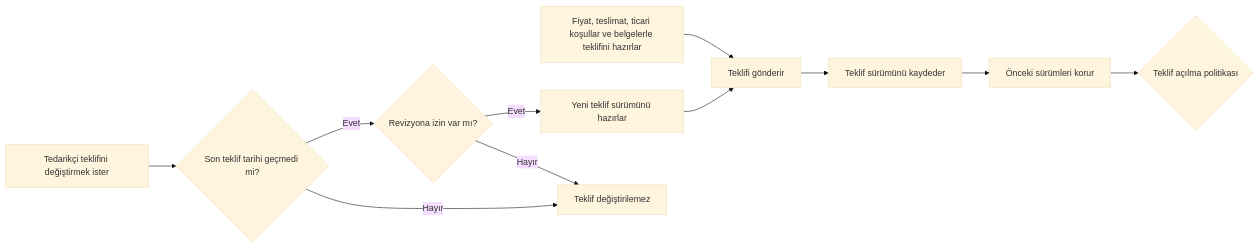
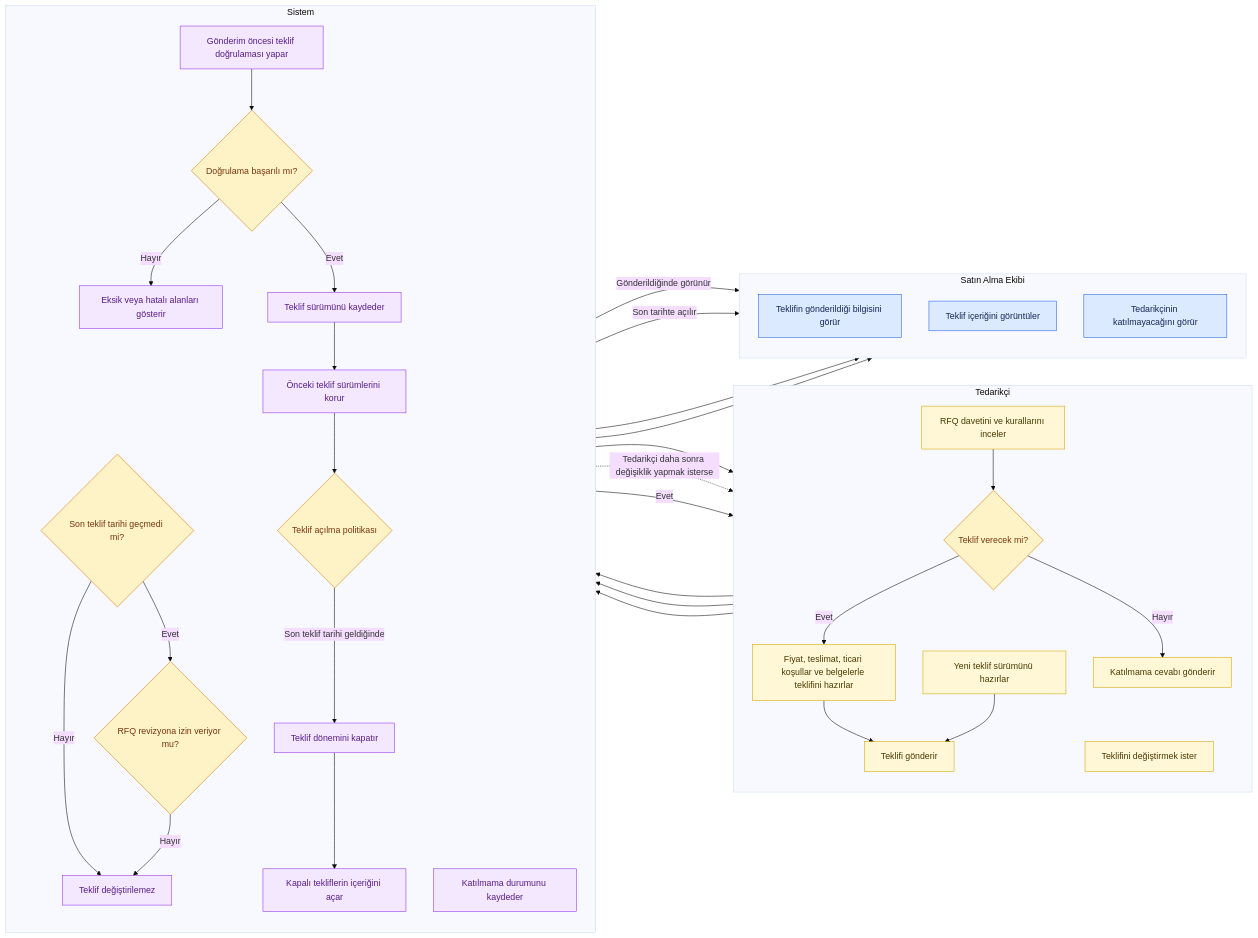
Before and after one commit to Cemalll/SupplierPortal: the diagram in docs/flowcharts/04_teklif_hazirlama_gorunurluk_revize.mmd, drawn with Mermaid (base theme).

Commit message:
Revise flowchart for proposal preparation process

```diff
--- a/docs/flowcharts/04_teklif_hazirlama_gorunurluk_revize.mmd
+++ b/docs/flowcharts/04_teklif_hazirlama_gorunurluk_revize.mmd
@@ -1,21 +1,88 @@
 flowchart LR
-    A["Fiyat, teslimat, ticari koşullar ve belgelerle teklifini hazırlar"]
-    B["Teklifi gönderir"]
-    C["Teklif sürümünü kaydeder"]
-    D["Önceki sürümleri korur"]
-    E{"Teklif açılma politikası"}
+    subgraph SUPPLIER["Tedarikçi"]
+        direction TB
 
-    A --> B --> C --> D --> E
+        S1["RFQ davetini ve kurallarını inceler"]
+        S2{"Teklif verecek mi?"}
+        S3["Fiyat, teslimat, ticari koşullar ve belgelerle teklifini hazırlar"]
+        S4["Teklifi gönderir"]
 
-    F["Tedarikçi teklifini değiştirmek ister"]
-    G{"Son teklif tarihi geçmedi mi?"}
-    H{"Revizyona izin var mı?"}
-    I["Yeni teklif sürümünü hazırlar"]
-    J["Teklif değiştirilemez"]
+        S5["Teklifini değiştirmek ister"]
+        S6["Yeni teklif sürümünü hazırlar"]
 
-    F --> G
-    G -- "Evet" --> H
-    G -- "Hayır" --> J
-    H -- "Evet" --> I
-    H -- "Hayır" --> J
-    I --> B
+        S7["Katılmama cevabı gönderir"]
+    end
+
+    subgraph SYSTEM["Sistem"]
+        direction TB
+
+        Y1["Gönderim öncesi teklif doğrulaması yapar"]
+        Y2{"Doğrulama başarılı mı?"}
+        Y3["Eksik veya hatalı alanları gösterir"]
+
+        Y4["Teklif sürümünü kaydeder"]
+        Y5["Önceki teklif sürümlerini korur"]
+        Y6{"Teklif açılma politikası"}
+
+        Y7{"Son teklif tarihi geçmedi mi?"}
+        Y8{"RFQ revizyona izin veriyor mu?"}
+        Y9["Teklif değiştirilemez"]
+
+        Y10["Teklif dönemini kapatır"]
+        Y11["Kapalı tekliflerin içeriğini açar"]
+
+        Y12["Katılmama durumunu kaydeder"]
+    end
+
+    subgraph BUYER["Satın Alma Ekibi"]
+        direction TB
+
+        B1["Teklifin gönderildiği bilgisini görür"]
+        B2["Teklif içeriğini görüntüler"]
+        B3["Tedarikçinin katılmayacağını görür"]
+    end
+
+    S1 --> S2
+
+    S2 -- "Evet" --> S3
+    S3 --> S4
+    S4 --> Y1
+
+    Y1 --> Y2
+    Y2 -- "Hayır" --> Y3
+    Y3 --> S3
+
+    Y2 -- "Evet" --> Y4
+    Y4 --> Y5
+    Y5 --> Y6
+
+    Y6 -- "Gönderildiğinde görünür" --> B2
+    Y6 -- "Son tarihte açılır" --> B1
+
+    Y4 -. "Tedarikçi daha sonra değişiklik yapmak isterse" .-> S5
+    S5 --> Y7
+
+    Y7 -- "Hayır" --> Y9
+    Y7 -- "Evet" --> Y8
+
+    Y8 -- "Hayır" --> Y9
+    Y8 -- "Evet" --> S6
+    S6 --> S4
+
+    Y6 -- "Son teklif tarihi geldiğinde" --> Y10
+    Y10 --> Y11
+    Y11 --> B2
+
+    S2 -- "Hayır" --> S7
+    S7 --> Y12
+    Y12 --> B3
+
+    classDef supplier fill:#FFF7D6,stroke:#D6A600,color:#4A3900
+    classDef system fill:#F3E8FF,stroke:#9333EA,color:#581C87
+    classDef buyer fill:#DBEAFE,stroke:#2563EB,color:#172554
+    classDef decision fill:#FEF3C7,stroke:#D97706,color:#78350F
+
+    class S1,S3,S4,S5,S6,S7 supplier
+    class Y1,Y3,Y4,Y5,Y9,Y10,Y11,Y12 system
+    class B1,B2,B3 buyer
+    class S2,Y2,Y6,Y7,Y8 decision
```
